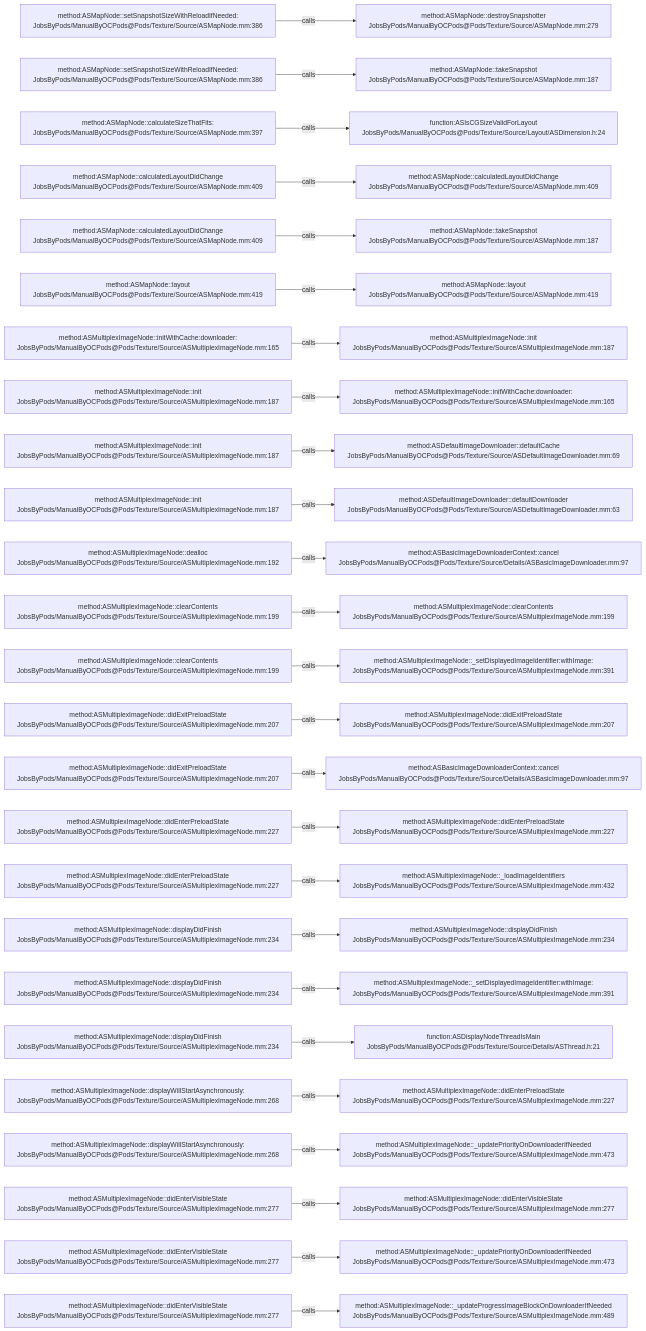
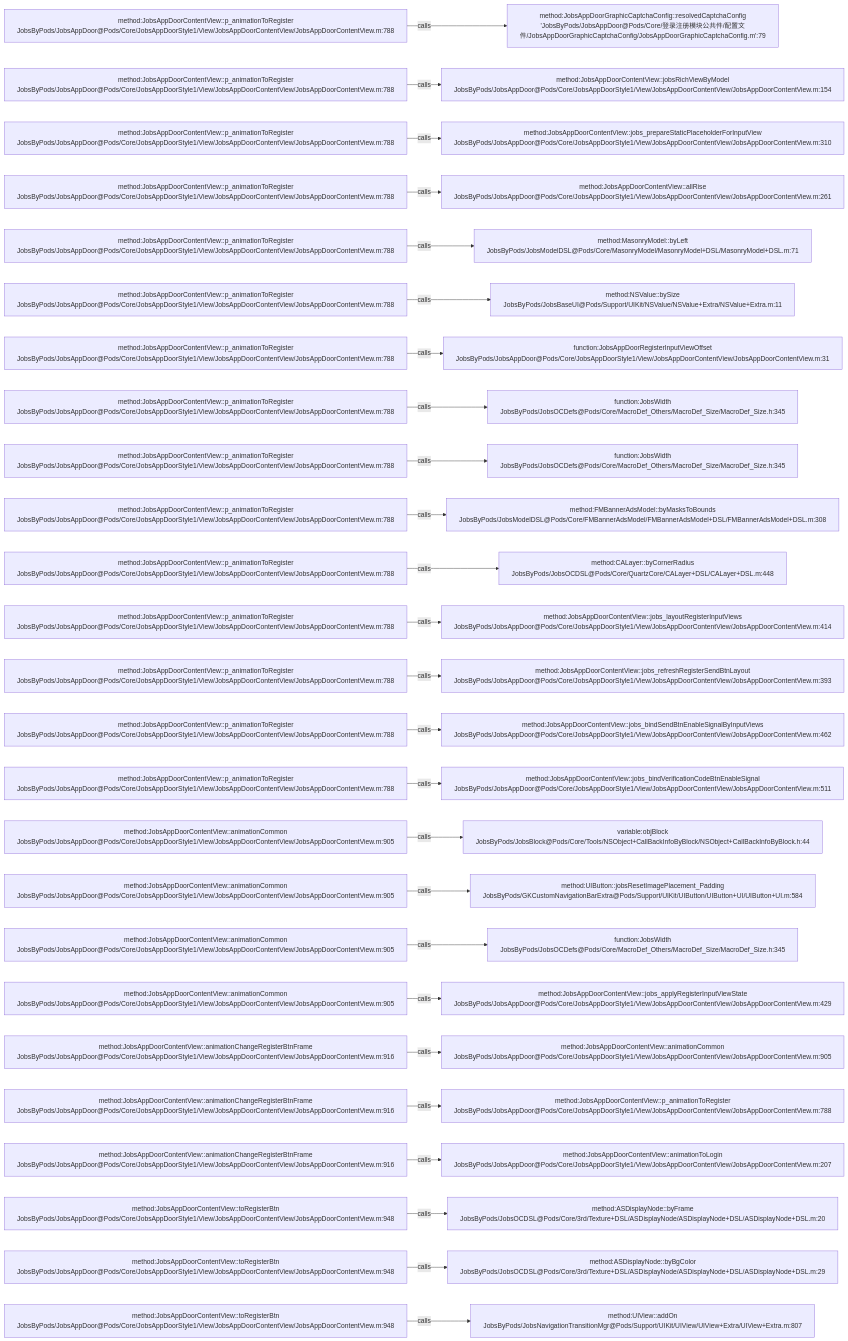
The diagram in .codegraph/codegraph.md/graphs/calls-099.md (JobsKits/JobsOCBaseConfigDemo), drawn with Mermaid before and after one commit. The commit also changed 768 other files, not shown here.

````diff
--- a/.codegraph/codegraph.md/graphs/calls-099.md
+++ b/.codegraph/codegraph.md/graphs/calls-099.md
@@ -13,78 +13,78 @@
 ```mermaid
 flowchart LR
-  S1["method:ASMapNode::setSnapshotSizeWithReloadIfNeeded:<br/>JobsByPods/ManualByOCPods@Pods/Texture/Source/ASMapNode.mm:386"]
-  T1["method:ASMapNode::destroySnapshotter<br/>JobsByPods/ManualByOCPods@Pods/Texture/Source/ASMapNode.mm:279"]
+  S1["method:JobsAppDoorContentView::p_animationToRegister<br/>JobsByPods/JobsAppDoor@Pods/Core/JobsAppDoorStyle1/View/JobsAppDoorContentView/JobsAppDoorContentView.m:788"]
+  T1["method:JobsAppDoorGraphicCaptchaConfig::resolvedCaptchaConfig<br/>'JobsByPods/JobsAppDoor@Pods/Core/登录注册模块公共件/配置文件/JobsAppDoorGraphicCaptchaConfig/JobsAppDoorGraphicCaptchaConfig.m':79"]
   S1 -->|calls| T1
-  S2["method:ASMapNode::setSnapshotSizeWithReloadIfNeeded:<br/>JobsByPods/ManualByOCPods@Pods/Texture/Source/ASMapNode.mm:386"]
-  T2["method:ASMapNode::takeSnapshot<br/>JobsByPods/ManualByOCPods@Pods/Texture/Source/ASMapNode.mm:187"]
+  S2["method:JobsAppDoorContentView::p_animationToRegister<br/>JobsByPods/JobsAppDoor@Pods/Core/JobsAppDoorStyle1/View/JobsAppDoorContentView/JobsAppDoorContentView.m:788"]
+  T2["method:JobsAppDoorContentView::jobsRichViewByModel<br/>JobsByPods/JobsAppDoor@Pods/Core/JobsAppDoorStyle1/View/JobsAppDoorContentView/JobsAppDoorContentView.m:154"]
   S2 -->|calls| T2
-  S3["method:ASMapNode::calculateSizeThatFits:<br/>JobsByPods/ManualByOCPods@Pods/Texture/Source/ASMapNode.mm:397"]
-  T3["function:ASIsCGSizeValidForLayout<br/>JobsByPods/ManualByOCPods@Pods/Texture/Source/Layout/ASDimension.h:24"]
+  S3["method:JobsAppDoorContentView::p_animationToRegister<br/>JobsByPods/JobsAppDoor@Pods/Core/JobsAppDoorStyle1/View/JobsAppDoorContentView/JobsAppDoorContentView.m:788"]
+  T3["method:JobsAppDoorContentView::jobs_prepareStaticPlaceholderForInputView<br/>JobsByPods/JobsAppDoor@Pods/Core/JobsAppDoorStyle1/View/JobsAppDoorContentView/JobsAppDoorContentView.m:310"]
   S3 -->|calls| T3
-  S4["method:ASMapNode::calculatedLayoutDidChange<br/>JobsByPods/ManualByOCPods@Pods/Texture/Source/ASMapNode.mm:409"]
-  T4["method:ASMapNode::calculatedLayoutDidChange<br/>JobsByPods/ManualByOCPods@Pods/Texture/Source/ASMapNode.mm:409"]
+  S4["method:JobsAppDoorContentView::p_animationToRegister<br/>JobsByPods/JobsAppDoor@Pods/Core/JobsAppDoorStyle1/View/JobsAppDoorContentView/JobsAppDoorContentView.m:788"]
+  T4["method:JobsAppDoorContentView::allRise<br/>JobsByPods/JobsAppDoor@Pods/Core/JobsAppDoorStyle1/View/JobsAppDoorContentView/JobsAppDoorContentView.m:261"]
   S4 -->|calls| T4
-  S5["method:ASMapNode::calculatedLayoutDidChange<br/>JobsByPods/ManualByOCPods@Pods/Texture/Source/ASMapNode.mm:409"]
-  T5["method:ASMapNode::takeSnapshot<br/>JobsByPods/ManualByOCPods@Pods/Texture/Source/ASMapNode.mm:187"]
+  S5["method:JobsAppDoorContentView::p_animationToRegister<br/>JobsByPods/JobsAppDoor@Pods/Core/JobsAppDoorStyle1/View/JobsAppDoorContentView/JobsAppDoorContentView.m:788"]
+  T5["method:MasonryModel::byLeft<br/>JobsByPods/JobsModelDSL@Pods/Core/MasonryModel/MasonryModel+DSL/MasonryModel+DSL.m:71"]
   S5 -->|calls| T5
-  S6["method:ASMapNode::layout<br/>JobsByPods/ManualByOCPods@Pods/Texture/Source/ASMapNode.mm:419"]
-  T6["method:ASMapNode::layout<br/>JobsByPods/ManualByOCPods@Pods/Texture/Source/ASMapNode.mm:419"]
+  S6["method:JobsAppDoorContentView::p_animationToRegister<br/>JobsByPods/JobsAppDoor@Pods/Core/JobsAppDoorStyle1/View/JobsAppDoorContentView/JobsAppDoorContentView.m:788"]
+  T6["method:NSValue::bySize<br/>JobsByPods/JobsBaseUI@Pods/Support/UIKit/NSValue/NSValue+Extra/NSValue+Extra.m:11"]
   S6 -->|calls| T6
-  S7["method:ASMultiplexImageNode::initWithCache:downloader:<br/>JobsByPods/ManualByOCPods@Pods/Texture/Source/ASMultiplexImageNode.mm:165"]
-  T7["method:ASMultiplexImageNode::init<br/>JobsByPods/ManualByOCPods@Pods/Texture/Source/ASMultiplexImageNode.mm:187"]
+  S7["method:JobsAppDoorContentView::p_animationToRegister<br/>JobsByPods/JobsAppDoor@Pods/Core/JobsAppDoorStyle1/View/JobsAppDoorContentView/JobsAppDoorContentView.m:788"]
+  T7["function:JobsAppDoorRegisterInputViewOffset<br/>JobsByPods/JobsAppDoor@Pods/Core/JobsAppDoorStyle1/View/JobsAppDoorContentView/JobsAppDoorContentView.m:31"]
   S7 -->|calls| T7
-  S8["method:ASMultiplexImageNode::init<br/>JobsByPods/ManualByOCPods@Pods/Texture/Source/ASMultiplexImageNode.mm:187"]
-  T8["method:ASMultiplexImageNode::initWithCache:downloader:<br/>JobsByPods/ManualByOCPods@Pods/Texture/Source/ASMultiplexImageNode.mm:165"]
+  S8["method:JobsAppDoorContentView::p_animationToRegister<br/>JobsByPods/JobsAppDoor@Pods/Core/JobsAppDoorStyle1/View/JobsAppDoorContentView/JobsAppDoorContentView.m:788"]
+  T8["function:JobsWidth<br/>JobsByPods/JobsOCDefs@Pods/Core/MacroDef_Others/MacroDef_Size/MacroDef_Size.h:345"]
   S8 -->|calls| T8
-  S9["method:ASMultiplexImageNode::init<br/>JobsByPods/ManualByOCPods@Pods/Texture/Source/ASMultiplexImageNode.mm:187"]
-  T9["method:ASDefaultImageDownloader::defaultCache<br/>JobsByPods/ManualByOCPods@Pods/Texture/Source/ASDefaultImageDownloader.mm:69"]
+  S9["method:JobsAppDoorContentView::p_animationToRegister<br/>JobsByPods/JobsAppDoor@Pods/Core/JobsAppDoorStyle1/View/JobsAppDoorContentView/JobsAppDoorContentView.m:788"]
+  T9["function:JobsWidth<br/>JobsByPods/JobsOCDefs@Pods/Core/MacroDef_Others/MacroDef_Size/MacroDef_Size.h:345"]
   S9 -->|calls| T9
-  S10["method:ASMultiplexImageNode::init<br/>JobsByPods/ManualByOCPods@Pods/Texture/Source/ASMultiplexImageNode.mm:187"]
-  T10["method:ASDefaultImageDownloader::defaultDownloader<br/>JobsByPods/ManualByOCPods@Pods/Texture/Source/ASDefaultImageDownloader.mm:63"]
+  S10["method:JobsAppDoorContentView::p_animationToRegister<br/>JobsByPods/JobsAppDoor@Pods/Core/JobsAppDoorStyle1/View/JobsAppDoorContentView/JobsAppDoorContentView.m:788"]
+  T10["method:FMBannerAdsModel::byMasksToBounds<br/>JobsByPods/JobsModelDSL@Pods/Core/FMBannerAdsModel/FMBannerAdsModel+DSL/FMBannerAdsModel+DSL.m:308"]
   S10 -->|calls| T10
-  S11["method:ASMultiplexImageNode::dealloc<br/>JobsByPods/ManualByOCPods@Pods/Texture/Source/ASMultiplexImageNode.mm:192"]
-  T11["method:ASBasicImageDownloaderContext::cancel<br/>JobsByPods/ManualByOCPods@Pods/Texture/Source/Details/ASBasicImageDownloader.mm:97"]
+  S11["method:JobsAppDoorContentView::p_animationToRegister<br/>JobsByPods/JobsAppDoor@Pods/Core/JobsAppDoorStyle1/View/JobsAppDoorContentView/JobsAppDoorContentView.m:788"]
+  T11["method:CALayer::byCornerRadius<br/>JobsByPods/JobsOCDSL@Pods/Core/QuartzCore/CALayer+DSL/CALayer+DSL.m:448"]
   S11 -->|calls| T11
-  S12["method:ASMultiplexImageNode::clearContents<br/>JobsByPods/ManualByOCPods@Pods/Texture/Source/ASMultiplexImageNode.mm:199"]
-  T12["method:ASMultiplexImageNode::clearContents<br/>JobsByPods/ManualByOCPods@Pods/Texture/Source/ASMultiplexImageNode.mm:199"]
+  S12["method:JobsAppDoorContentView::p_animationToRegister<br/>JobsByPods/JobsAppDoor@Pods/Core/JobsAppDoorStyle1/View/JobsAppDoorContentView/JobsAppDoorContentView.m:788"]
+  T12["method:JobsAppDoorContentView::jobs_layoutRegisterInputViews<br/>JobsByPods/JobsAppDoor@Pods/Core/JobsAppDoorStyle1/View/JobsAppDoorContentView/JobsAppDoorContentView.m:414"]
   S12 -->|calls| T12
-  S13["method:ASMultiplexImageNode::clearContents<br/>JobsByPods/ManualByOCPods@Pods/Texture/Source/ASMultiplexImageNode.mm:199"]
-  T13["method:ASMultiplexImageNode::_setDisplayedImageIdentifier:withImage:<br/>JobsByPods/ManualByOCPods@Pods/Texture/Source/ASMultiplexImageNode.mm:391"]
+  S13["method:JobsAppDoorContentView::p_animationToRegister<br/>JobsByPods/JobsAppDoor@Pods/Core/JobsAppDoorStyle1/View/JobsAppDoorContentView/JobsAppDoorContentView.m:788"]
+  T13["method:JobsAppDoorContentView::jobs_refreshRegisterSendBtnLayout<br/>JobsByPods/JobsAppDoor@Pods/Core/JobsAppDoorStyle1/View/JobsAppDoorContentView/JobsAppDoorContentView.m:393"]
   S13 -->|calls| T13
-  S14["method:ASMultiplexImageNode::didExitPreloadState<br/>JobsByPods/ManualByOCPods@Pods/Texture/Source/ASMultiplexImageNode.mm:207"]
-  T14["method:ASMultiplexImageNode::didExitPreloadState<br/>JobsByPods/ManualByOCPods@Pods/Texture/Source/ASMultiplexImageNode.mm:207"]
+  S14["method:JobsAppDoorContentView::p_animationToRegister<br/>JobsByPods/JobsAppDoor@Pods/Core/JobsAppDoorStyle1/View/JobsAppDoorContentView/JobsAppDoorContentView.m:788"]
+  T14["method:JobsAppDoorContentView::jobs_bindSendBtnEnableSignalByInputViews<br/>JobsByPods/JobsAppDoor@Pods/Core/JobsAppDoorStyle1/View/JobsAppDoorContentView/JobsAppDoorContentView.m:462"]
   S14 -->|calls| T14
-  S15["method:ASMultiplexImageNode::didExitPreloadState<br/>JobsByPods/ManualByOCPods@Pods/Texture/Source/ASMultiplexImageNode.mm:207"]
-  T15["method:ASBasicImageDownloaderContext::cancel<br/>JobsByPods/ManualByOCPods@Pods/Texture/Source/Details/ASBasicImageDownloader.mm:97"]
+  S15["method:JobsAppDoorContentView::p_animationToRegister<br/>JobsByPods/JobsAppDoor@Pods/Core/JobsAppDoorStyle1/View/JobsAppDoorContentView/JobsAppDoorContentView.m:788"]
+  T15["method:JobsAppDoorContentView::jobs_bindVerificationCodeBtnEnableSignal<br/>JobsByPods/JobsAppDoor@Pods/Core/JobsAppDoorStyle1/View/JobsAppDoorContentView/JobsAppDoorContentView.m:511"]
   S15 -->|calls| T15
-  S16["method:ASMultiplexImageNode::didEnterPreloadState<br/>JobsByPods/ManualByOCPods@Pods/Texture/Source/ASMultiplexImageNode.mm:227"]
-  T16["method:ASMultiplexImageNode::didEnterPreloadState<br/>JobsByPods/ManualByOCPods@Pods/Texture/Source/ASMultiplexImageNode.mm:227"]
+  S16["method:JobsAppDoorContentView::animationCommon<br/>JobsByPods/JobsAppDoor@Pods/Core/JobsAppDoorStyle1/View/JobsAppDoorContentView/JobsAppDoorContentView.m:905"]
+  T16["variable:objBlock<br/>JobsByPods/JobsBlock@Pods/Core/Tools/NSObject+CallBackInfoByBlock/NSObject+CallBackInfoByBlock.h:44"]
   S16 -->|calls| T16
-  S17["method:ASMultiplexImageNode::didEnterPreloadState<br/>JobsByPods/ManualByOCPods@Pods/Texture/Source/ASMultiplexImageNode.mm:227"]
-  T17["method:ASMultiplexImageNode::_loadImageIdentifiers<br/>JobsByPods/ManualByOCPods@Pods/Texture/Source/ASMultiplexImageNode.mm:432"]
+  S17["method:JobsAppDoorContentView::animationCommon<br/>JobsByPods/JobsAppDoor@Pods/Core/JobsAppDoorStyle1/View/JobsAppDoorContentView/JobsAppDoorContentView.m:905"]
+  T17["method:UIButton::jobsResetImagePlacement_Padding<br/>JobsByPods/GKCustomNavigationBarExtra@Pods/Support/UIKit/UIButton/UIButton+UI/UIButton+UI.m:584"]
   S17 -->|calls| T17
-  S18["method:ASMultiplexImageNode::displayDidFinish<br/>JobsByPods/ManualByOCPods@Pods/Texture/Source/ASMultiplexImageNode.mm:234"]
-  T18["method:ASMultiplexImageNode::displayDidFinish<br/>JobsByPods/ManualByOCPods@Pods/Texture/Source/ASMultiplexImageNode.mm:234"]
+  S18["method:JobsAppDoorContentView::animationCommon<br/>JobsByPods/JobsAppDoor@Pods/Core/JobsAppDoorStyle1/View/JobsAppDoorContentView/JobsAppDoorContentView.m:905"]
+  T18["function:JobsWidth<br/>JobsByPods/JobsOCDefs@Pods/Core/MacroDef_Others/MacroDef_Size/MacroDef_Size.h:345"]
   S18 -->|calls| T18
-  S19["method:ASMultiplexImageNode::displayDidFinish<br/>JobsByPods/ManualByOCPods@Pods/Texture/Source/ASMultiplexImageNode.mm:234"]
-  T19["method:ASMultiplexImageNode::_setDisplayedImageIdentifier:withImage:<br/>JobsByPods/ManualByOCPods@Pods/Texture/Source/ASMultiplexImageNode.mm:391"]
+  S19["method:JobsAppDoorContentView::animationCommon<br/>JobsByPods/JobsAppDoor@Pods/Core/JobsAppDoorStyle1/View/JobsAppDoorContentView/JobsAppDoorContentView.m:905"]
+  T19["method:JobsAppDoorContentView::jobs_applyRegisterInputViewState<br/>JobsByPods/JobsAppDoor@Pods/Core/JobsAppDoorStyle1/View/JobsAppDoorContentView/JobsAppDoorContentView.m:429"]
   S19 -->|calls| T19
-  S20["method:ASMultiplexImageNode::displayDidFinish<br/>JobsByPods/ManualByOCPods@Pods/Texture/Source/ASMultiplexImageNode.mm:234"]
-  T20["function:ASDisplayNodeThreadIsMain<br/>JobsByPods/ManualByOCPods@Pods/Texture/Source/Details/ASThread.h:21"]
+  S20["method:JobsAppDoorContentView::animationChangeRegisterBtnFrame<br/>JobsByPods/JobsAppDoor@Pods/Core/JobsAppDoorStyle1/View/JobsAppDoorContentView/JobsAppDoorContentView.m:916"]
+  T20["method:JobsAppDoorContentView::animationCommon<br/>JobsByPods/JobsAppDoor@Pods/Core/JobsAppDoorStyle1/View/JobsAppDoorContentView/JobsAppDoorContentView.m:905"]
   S20 -->|calls| T20
-  S21["method:ASMultiplexImageNode::displayWillStartAsynchronously:<br/>JobsByPods/ManualByOCPods@Pods/Texture/Source/ASMultiplexImageNode.mm:268"]
-  T21["method:ASMultiplexImageNode::didEnterPreloadState<br/>JobsByPods/ManualByOCPods@Pods/Texture/Source/ASMultiplexImageNode.mm:227"]
+  S21["method:JobsAppDoorContentView::animationChangeRegisterBtnFrame<br/>JobsByPods/JobsAppDoor@Pods/Core/JobsAppDoorStyle1/View/JobsAppDoorContentView/JobsAppDoorContentView.m:916"]
+  T21["method:JobsAppDoorContentView::p_animationToRegister<br/>JobsByPods/JobsAppDoor@Pods/Core/JobsAppDoorStyle1/View/JobsAppDoorContentView/JobsAppDoorContentView.m:788"]
   S21 -->|calls| T21
-  S22["method:ASMultiplexImageNode::displayWillStartAsynchronously:<br/>JobsByPods/ManualByOCPods@Pods/Texture/Source/ASMultiplexImageNode.mm:268"]
-  T22["method:ASMultiplexImageNode::_updatePriorityOnDownloaderIfNeeded<br/>JobsByPods/ManualByOCPods@Pods/Texture/Source/ASMultiplexImageNode.mm:473"]
+  S22["method:JobsAppDoorContentView::animationChangeRegisterBtnFrame<br/>JobsByPods/JobsAppDoor@Pods/Core/JobsAppDoorStyle1/View/JobsAppDoorContentView/JobsAppDoorContentView.m:916"]
+  T22["method:JobsAppDoorContentView::animationToLogin<br/>JobsByPods/JobsAppDoor@Pods/Core/JobsAppDoorStyle1/View/JobsAppDoorContentView/JobsAppDoorContentView.m:207"]
   S22 -->|calls| T22
-  S23["method:ASMultiplexImageNode::didEnterVisibleState<br/>JobsByPods/ManualByOCPods@Pods/Texture/Source/ASMultiplexImageNode.mm:277"]
-  T23["method:ASMultiplexImageNode::didEnterVisibleState<br/>JobsByPods/ManualByOCPods@Pods/Texture/Source/ASMultiplexImageNode.mm:277"]
+  S23["method:JobsAppDoorContentView::toRegisterBtn<br/>JobsByPods/JobsAppDoor@Pods/Core/JobsAppDoorStyle1/View/JobsAppDoorContentView/JobsAppDoorContentView.m:948"]
+  T23["method:ASDisplayNode::byFrame<br/>JobsByPods/JobsOCDSL@Pods/Core/3rd/Texture+DSL/ASDisplayNode/ASDisplayNode+DSL/ASDisplayNode+DSL.m:20"]
   S23 -->|calls| T23
-  S24["method:ASMultiplexImageNode::didEnterVisibleState<br/>JobsByPods/ManualByOCPods@Pods/Texture/Source/ASMultiplexImageNode.mm:277"]
-  T24["method:ASMultiplexImageNode::_updatePriorityOnDownloaderIfNeeded<br/>JobsByPods/ManualByOCPods@Pods/Texture/Source/ASMultiplexImageNode.mm:473"]
+  S24["method:JobsAppDoorContentView::toRegisterBtn<br/>JobsByPods/JobsAppDoor@Pods/Core/JobsAppDoorStyle1/View/JobsAppDoorContentView/JobsAppDoorContentView.m:948"]
+  T24["method:ASDisplayNode::byBgColor<br/>JobsByPods/JobsOCDSL@Pods/Core/3rd/Texture+DSL/ASDisplayNode/ASDisplayNode+DSL/ASDisplayNode+DSL.m:29"]
   S24 -->|calls| T24
-  S25["method:ASMultiplexImageNode::didEnterVisibleState<br/>JobsByPods/ManualByOCPods@Pods/Texture/Source/ASMultiplexImageNode.mm:277"]
-  T25["method:ASMultiplexImageNode::_updateProgressImageBlockOnDownloaderIfNeeded<br/>JobsByPods/ManualByOCPods@Pods/Texture/Source/ASMultiplexImageNode.mm:489"]
+  S25["method:JobsAppDoorContentView::toRegisterBtn<br/>JobsByPods/JobsAppDoor@Pods/Core/JobsAppDoorStyle1/View/JobsAppDoorContentView/JobsAppDoorContentView.m:948"]
+  T25["method:UIView::addOn<br/>JobsByPods/JobsNavigationTransitionMgr@Pods/Support/UIKit/UIView/UIView+Extra/UIView+Extra.m:807"]
   S25 -->|calls| T25
 ```
````
